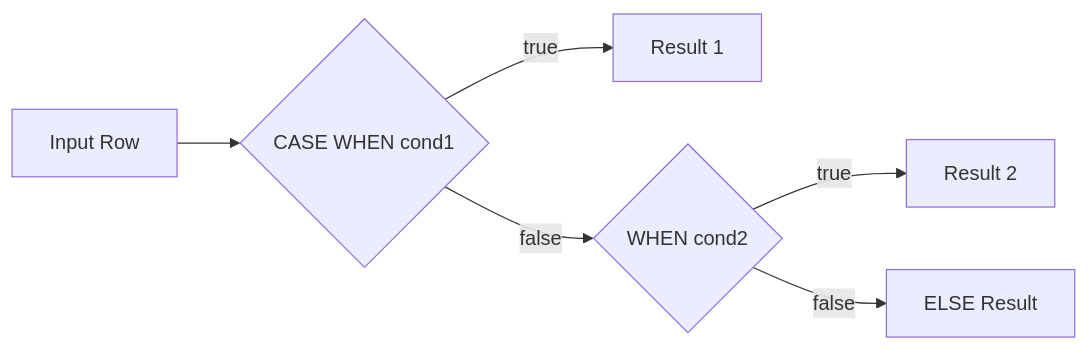
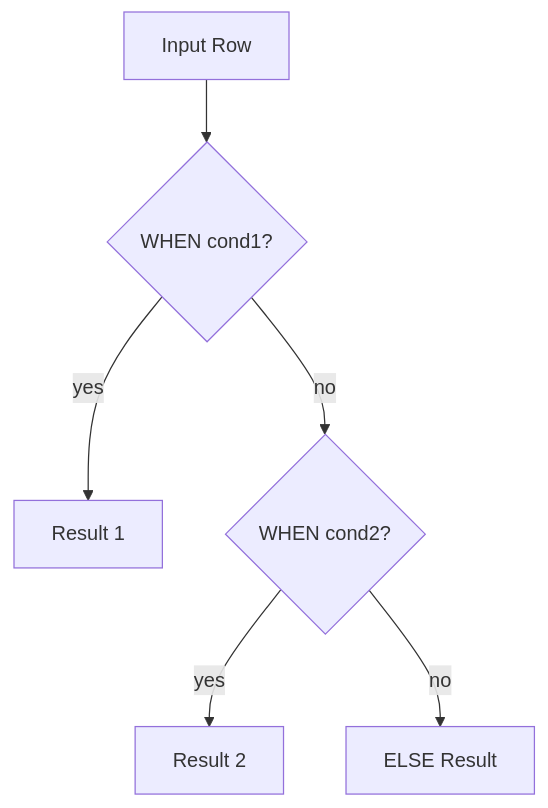
The diagram in spark-sql/docs/filter/case_when.md (mahfooziiitian/spark-batch), drawn with Mermaid before and after one commit. The commit also changed other lines of this file and 312 other files, not shown here.

````diff
--- a/spark-sql/docs/filter/case_when.md
+++ b/spark-sql/docs/filter/case_when.md
@@ -9,8 +27,8 @@
 ```mermaid
-graph LR
-    A[Input Row] --> B{CASE WHEN cond1}
-    B -->|true| C[Result 1]
-    B -->|false| D{WHEN cond2}
-    D -->|true| E[Result 2]
-    D -->|false| F[ELSE Result]
+flowchart TD
+    I[Input Row] --> C1{WHEN cond1?}
+    C1 -->|yes| R1[Result 1]
+    C1 -->|no| C2{WHEN cond2?}
+    C2 -->|yes| R2[Result 2]
+    C2 -->|no| EL[ELSE Result]
 ```
````
